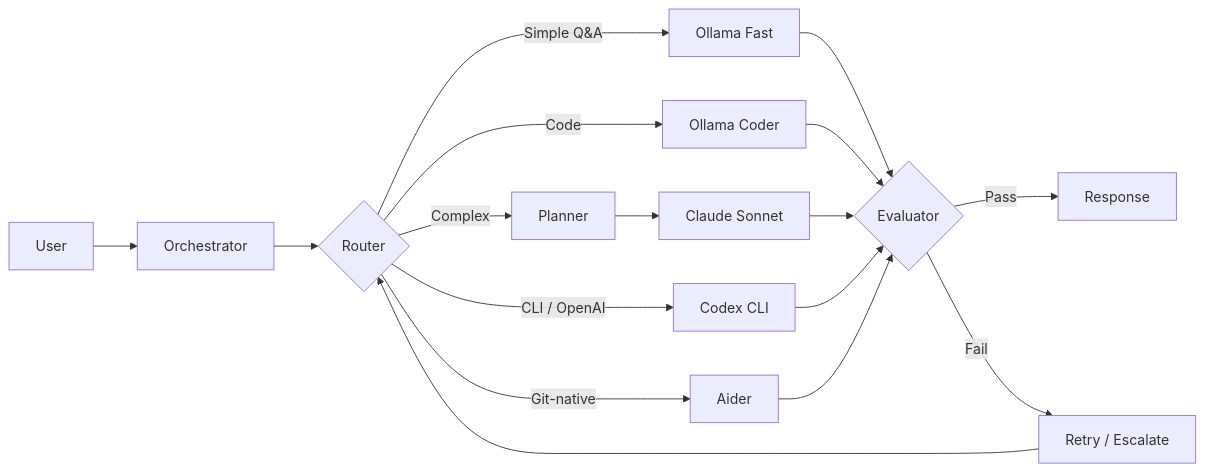
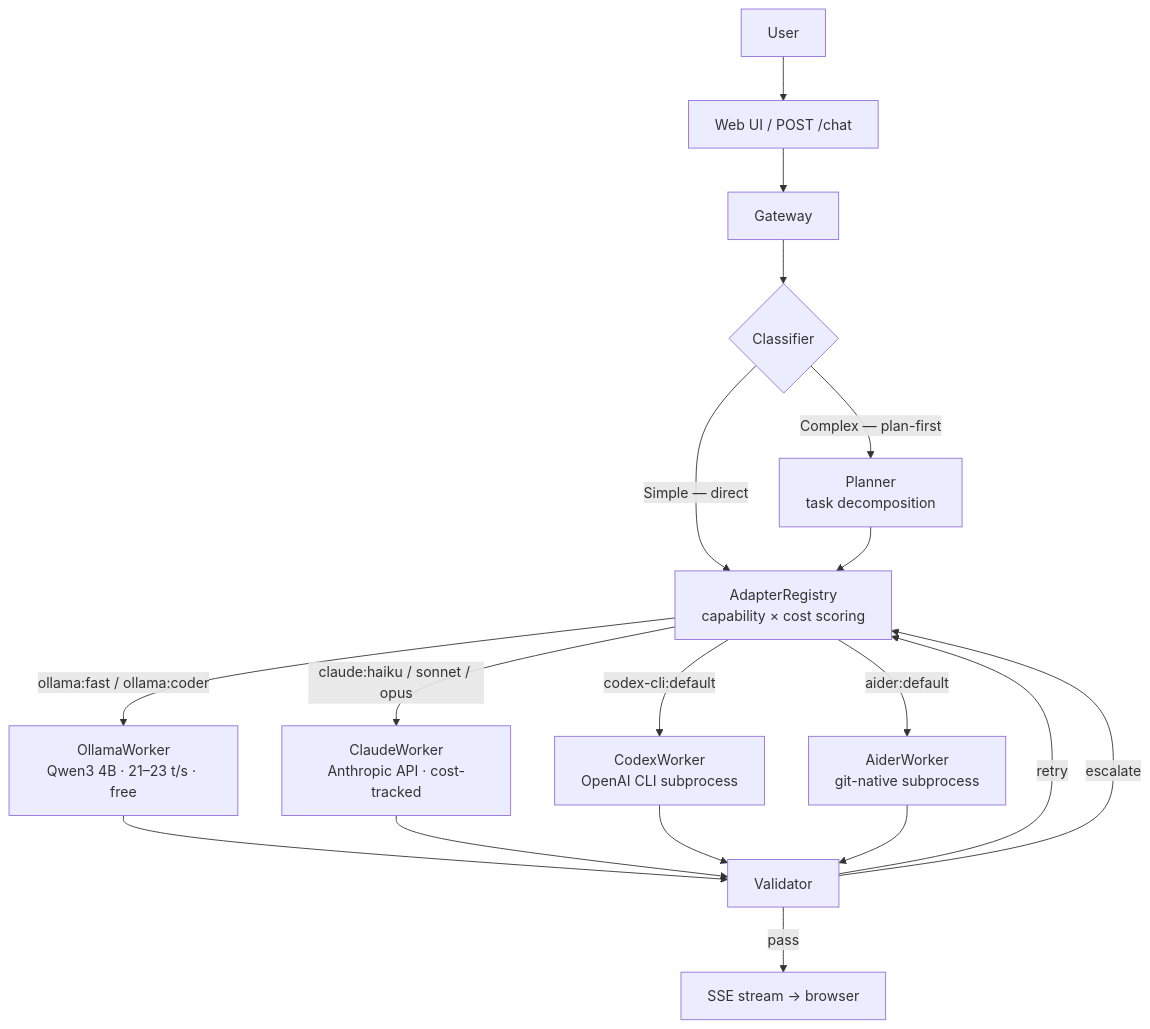
Before and after one commit to pockanoodles/Mahoraga: the diagram in README.md, drawn with Mermaid. The commit also changed other lines of this file, not shown here.

Commit message:
update README: fix adapter status, roadmap, architecture diagram

````diff
--- a/README.md
+++ b/README.md
@@ -24,21 +28,20 @@
 ```mermaid
-graph LR
-    U[User] --> O[Orchestrator]
-    O --> C{Router}
-    C -->|Simple Q&A| F[Ollama Fast]
-    C -->|Code| CD[Ollama Coder]
-    C -->|Complex| P[Planner]
-    P --> CL[Claude Sonnet]
-    C -->|CLI / OpenAI| CX[Codex CLI]
-    C -->|Git-native| A[Aider]
-
-    F --> E{Evaluator}
-    CD --> E
-    CL --> E
-    CX --> E
-    A --> E
-
-    E -->|Pass| R[Response]
-    E -->|Fail| RT[Retry / Escalate]
-    RT --> C
+graph TB
+    User[User] --> UI[Web UI / POST /chat]
+    UI --> Gateway[Gateway]
+    Gateway --> Classifier{Classifier}
+    Classifier -->|Simple — direct| Registry
+    Classifier -->|Complex — plan-first| Planner[Planner<br/>task decomposition]
+    Planner --> Registry[AdapterRegistry<br/>capability × cost scoring]
+    Registry -->|ollama:fast / ollama:coder| Ollama[OllamaWorker<br/>Qwen3 4B · 21–23 t/s · free]
+    Registry -->|claude:haiku / sonnet / opus| Claude[ClaudeWorker<br/>Anthropic API · cost-tracked]
+    Registry -->|codex-cli:default| Codex[CodexWorker<br/>OpenAI CLI subprocess]
+    Registry -->|aider:default| Aider[AiderWorker<br/>git-native subprocess]
+    Ollama --> Validator[Validator]
+    Claude --> Validator
+    Codex --> Validator
+    Aider --> Validator
+    Validator -->|pass| Stream[SSE stream → browser]
+    Validator -->|retry| Registry
+    Validator -->|escalate| Registry
 ```
````
